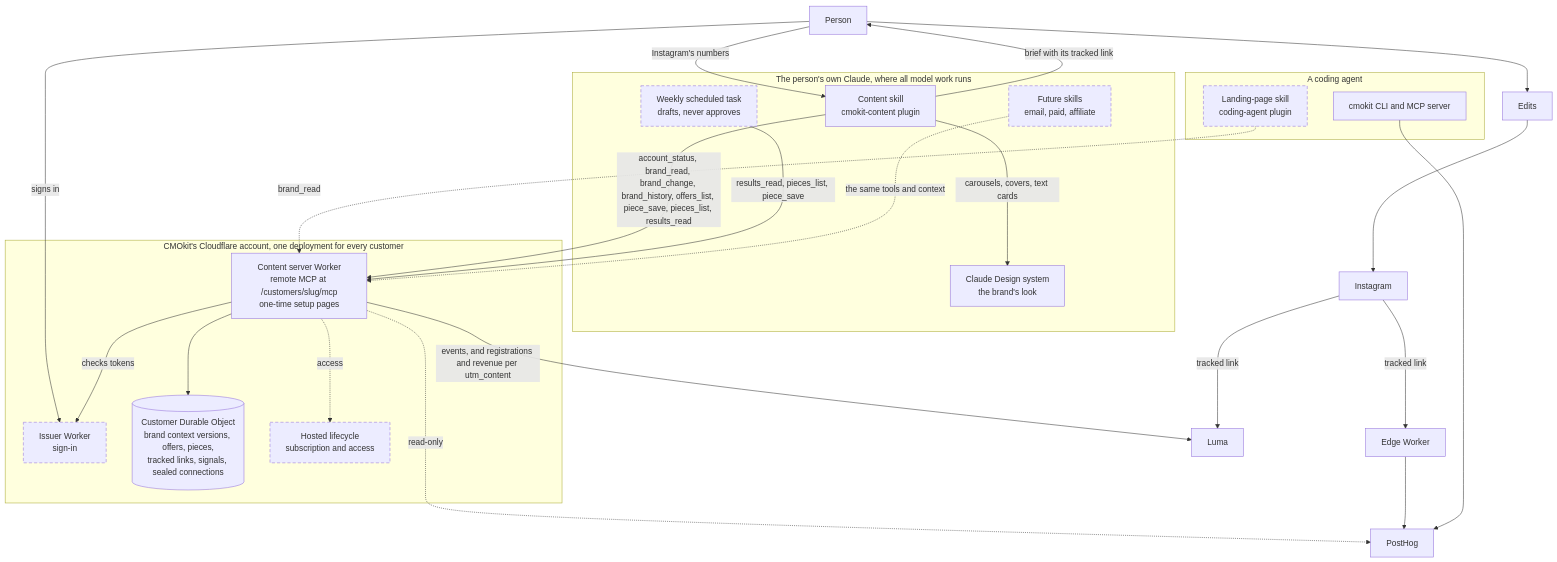
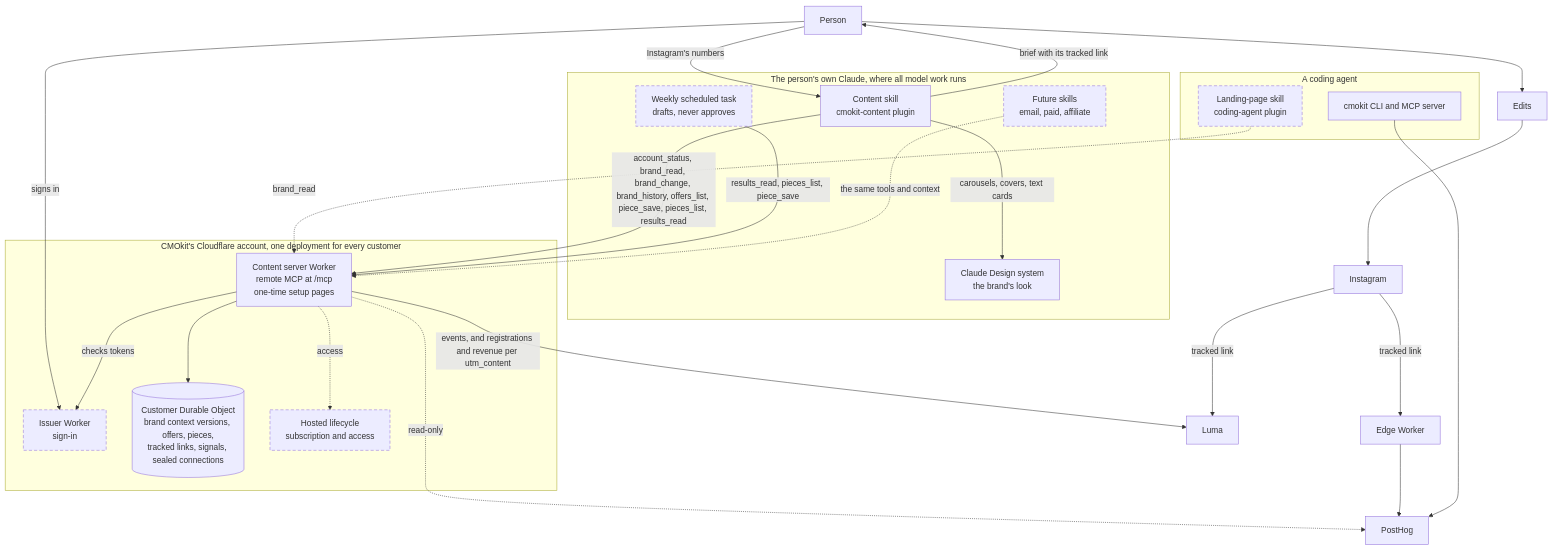
One commit to cmokit/cmokit changed the second of 6 diagrams in docs/explanation/architecture.md. Above: the diagram before and after it, drawn with Mermaid. The commit also changed 15 other files, not shown here.

````diff
--- a/docs/explanation/architecture.md
+++ b/docs/explanation/architecture.md
@@ -65,51 +65,51 @@
 ```mermaid
 flowchart TB
   person["Person"]
 
   subgraph claude["The person's own Claude, where all model work runs"]
     content["Content skill<br/>cmokit-content plugin"]
     task["Weekly scheduled task<br/>drafts, never approves"]
     design["Claude Design system<br/>the brand's look"]
     future["Future skills<br/>email, paid, affiliate"]
   end
 
   subgraph coding["A coding agent"]
     lp["Landing-page skill<br/>coding-agent plugin"]
     cli["cmokit CLI and MCP server"]
   end
 
   subgraph cf["CMOkit's Cloudflare account, one deployment for every customer"]
     issuer["Issuer Worker<br/>sign-in"]
-    server["Content server Worker<br/>remote MCP at /customers/slug/mcp<br/>one-time setup pages"]
+    server["Content server Worker<br/>remote MCP at /mcp<br/>one-time setup pages"]
     custdo[("Customer Durable Object<br/>brand context versions, offers, pieces,<br/>tracked links, signals, sealed connections")]
     billing["Hosted lifecycle<br/>subscription and access"]
   end
 
   edge["Edge Worker"]
   luma["Luma"]
   posthog["PostHog"]
   edits["Edits"]
   insta["Instagram"]
 
   person -- "signs in" --> issuer
   content -- "account_status, brand_read, brand_change, brand_history, offers_list, piece_save, pieces_list, results_read" --> server
   task -- "results_read, pieces_list, piece_save" --> server
   lp -. "brand_read" .-> server
   future -. "the same tools and context" .-> server
   server -- "checks tokens" --> issuer
   server --> custdo
   server -. "access" .-> billing
   server -- "events, and registrations and revenue per utm_content" --> luma
   server -. "read-only" .-> posthog
   content -- "carousels, covers, text cards" --> design
   content -- "brief with its tracked link" --> person
   person --> edits --> insta
   person -- "Instagram's numbers" --> content
   insta -- "tracked link" --> luma
   insta -- "tracked link" --> edge
   edge --> posthog
   cli --> posthog
 
   classDef designed stroke-dasharray:6 4
   class task,lp,issuer,billing,future designed
 ```
````
